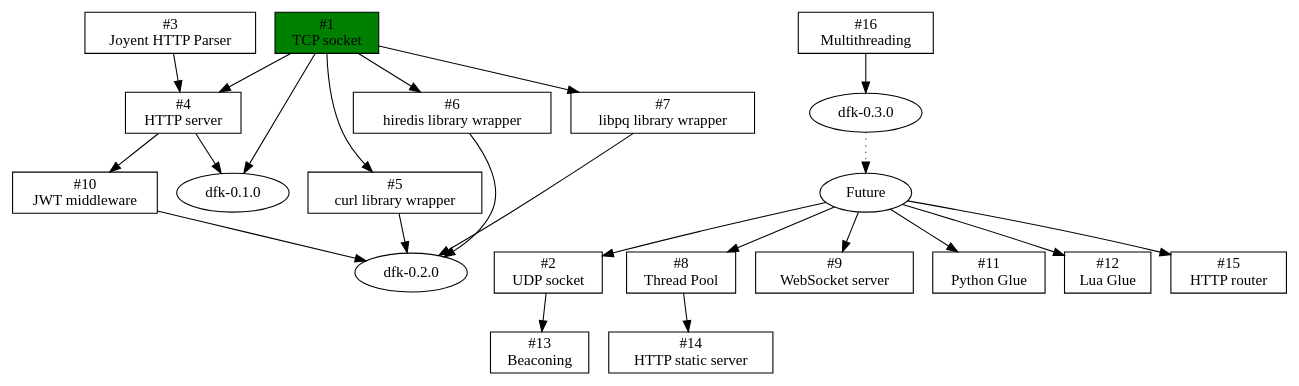
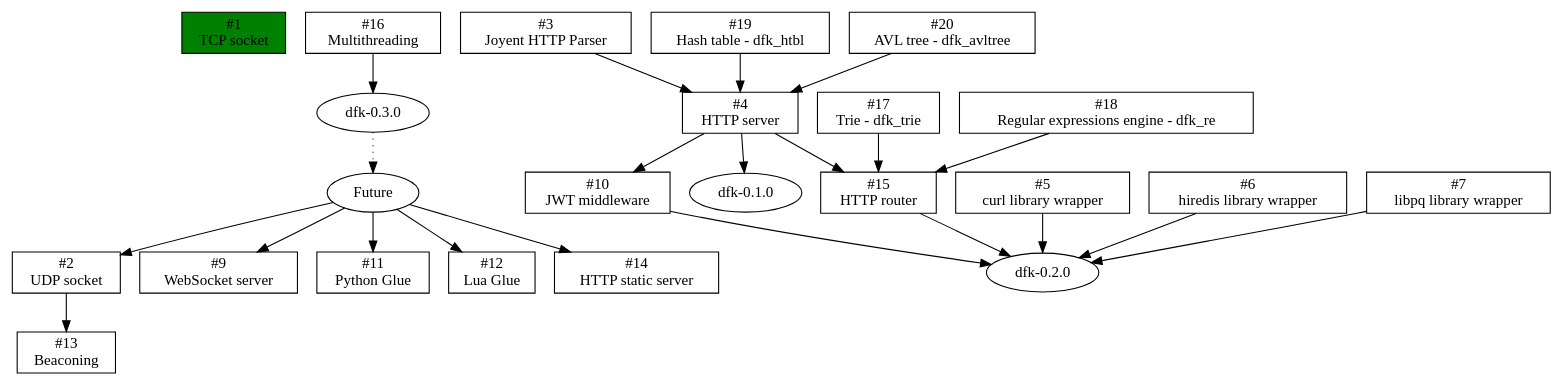
One commit to isn-/dfk changed the diagram in doc/roadmap.dot. Above: the diagram before and after it, drawn with Graphviz.

Commit message:
devenv: Update roadmap

```diff
--- a/doc/roadmap.dot
+++ b/doc/roadmap.dot
@@ -1,64 +1,69 @@
 digraph "DFK Library Roadmap" {
   node [shape=box];
 
   tcp_socket [label="#1\nTCP socket" fillcolor=green style=filled];
   udp_socket [label="#2\nUDP socket"];
 
   http_parser [label="#3\nJoyent HTTP Parser"];
 
   http_server [label="#4\nHTTP server"];
-    tcp_socket -> http_server
     http_parser -> http_server
+    htbl -> http_server
+    avltree -> http_server
 
   curl [label="#5\ncurl library wrapper"];
-    tcp_socket -> curl;
 
   redis [label="#6\nhiredis library wrapper"];
-    tcp_socket -> redis;
 
   libpq [label="#7\nlibpq library wrapper"];
-    tcp_socket -> libpq;
-
-  threadpool [label="#8\nThread Pool"];
 
   ws [label="#9\nWebSocket server"];
 
   jwt [label="#10\nJWT middleware"];
     http_server -> jwt;
 
   python [label="#11\nPython Glue"];
   lua [label="#12\nLua Glue"];
 
   beacon [label="#13\nBeaconing"];
     udp_socket -> beacon;
 
   static [label="#14\nHTTP static server"];
-    threadpool -> static;
-
-  router [label="#15\nHTTP router"];
 
   mt [label="#16\nMultithreading"];
 
+  trie [label="#17\nTrie - dfk_trie"];
+
+  re [label="#18\nRegular expressions engine - dfk_re"];
+
+  htbl [label="#19\nHash table - dfk_htbl"];
+
+  avltree [label="#20\nAVL tree - dfk_avltree"];
+
+  router [label="#15\nHTTP router"];
+    http_server -> router;
+    trie -> router;
+    re -> router;
+
   dfk010 [label="dfk-0.1.0" shape=oval];
-    tcp_socket -> dfk010
     http_server -> dfk010
 
   dfk020 [label="dfk-0.2.0" shape=oval];
     jwt -> dfk020;
     redis -> dfk020;
     curl -> dfk020;
     libpq -> dfk020;
+    router -> dfk020;
 
   dfk030 [label="dfk-0.3.0" shape=oval];
     mt -> dfk030;
 
   future [label="Future" shape=oval];
     dfk030 -> future [style=dotted];
 
   future -> udp_socket;
   future -> ws;
-  future -> threadpool;
   future -> python;
   future -> lua;
-  future -> router;
+  future -> static;
 }
```
